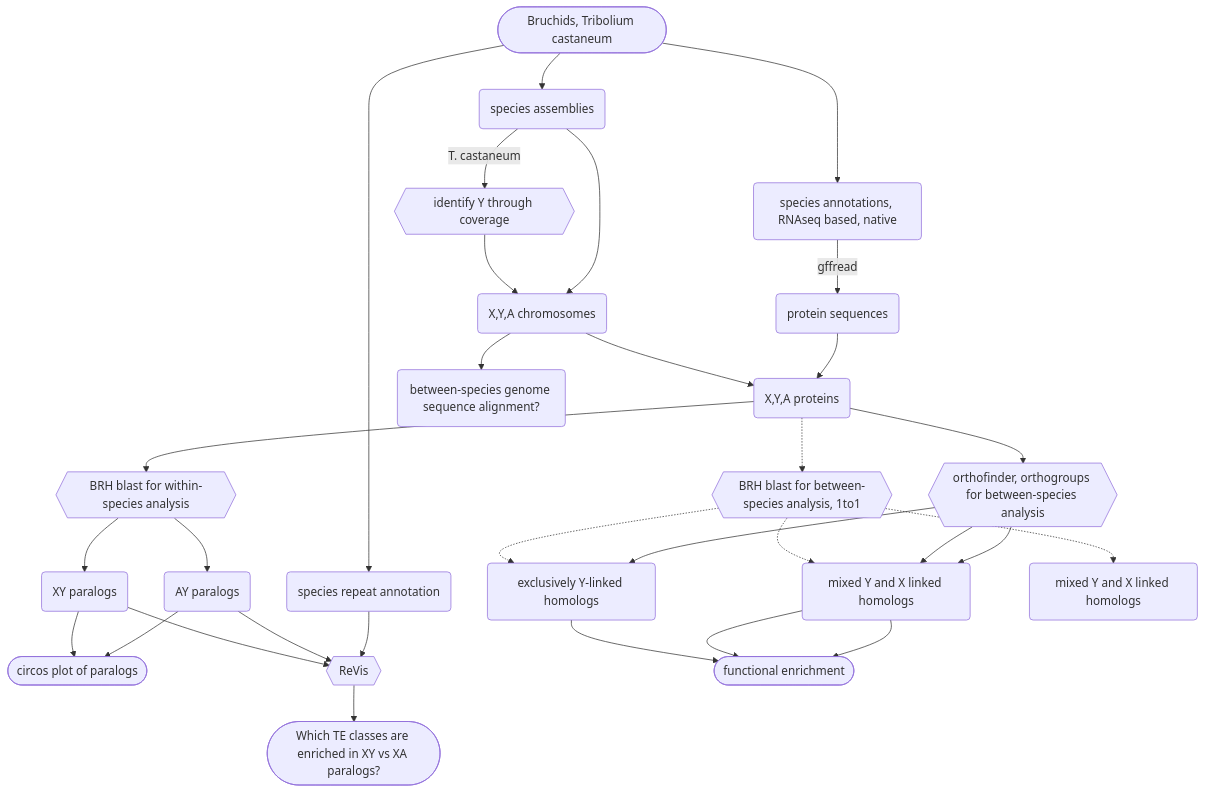
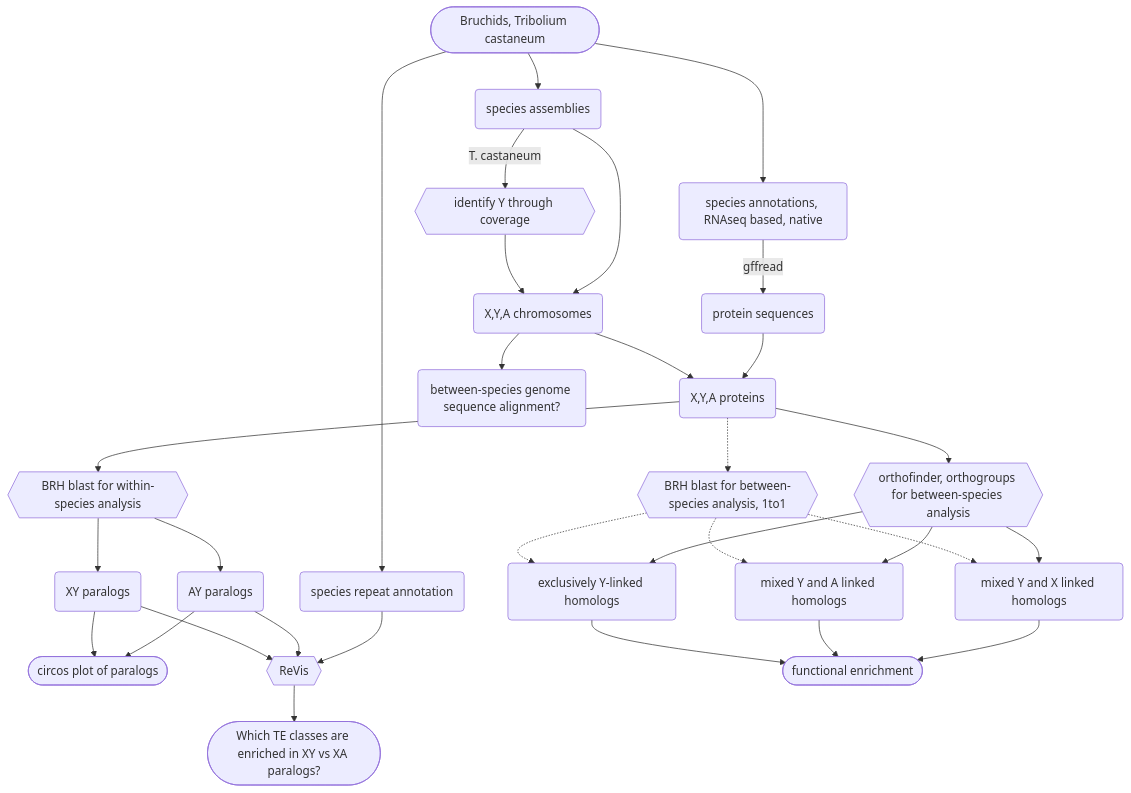
One commit to milena-t/PhD_chapter2 changed the diagram in README.md. Above: the diagram before and after it, drawn with Mermaid.

````diff
--- a/README.md
+++ b/README.md
@@ -9,49 +9,49 @@
 ```mermaid
 graph TD;
 
     species([Bruchids, Tribolium castaneum]);
 
     species --> species_Ass(species assemblies);
     species --> species_Ann(species annotations, RNAseq based, native);
     species --> species_rep(species repeat annotation)
     species_Ass -- T. castaneum --> Tcas_Y_chr{{identify Y through coverage}};
     Tcas_Y_chr --> all_chr(X,Y,A chromosomes);
     species_Ass --> all_chr;
 
     species_Ann -- gffread --> proteins(protein sequences);
     blast{{BRH blast for within-species analysis}};
     blast_between{{BRH blast for between-species analysis, 1to1}};
     orthofinder{{orthofinder, orthogroups for between-species analysis}};
 
     all_chr --> all_prot(X,Y,A proteins);
     proteins --> all_prot;
 
     all_prot --> blast;
     blast --> xy(XY paralogs);
     blast --> ay(AY paralogs);
 
     all_prot .-> blast_between;
     blast_between .-> Y_hom(exclusively Y-linked homologs);
     blast_between .-> YA_hom(mixed Y and A linked homologs);
     blast_between .-> YX_hom(mixed Y and X linked homologs);
 
     all_prot --> orthofinder;
     orthofinder --> Y_hom(exclusively Y-linked homologs);
     orthofinder --> YA_hom(mixed Y and A linked homologs);
-    orthofinder --> YA_hom(mixed Y and X linked homologs);
+    orthofinder --> YX_hom(mixed Y and X linked homologs);
 
     all_chr --> wgs_al(between-species genome sequence alignment?)
 
     xy --> circos([circos plot of paralogs]);
     ay --> circos;
 
     xy --> revis{{ReVis}};
     ay --> revis;
     species_rep --> revis;
 
     revis --> questions([Which TE classes are enriched in XY vs XA paralogs?])
 
     Y_hom --> function([functional enrichment]);
     YA_hom --> function;
-    YA_hom --> function;    
+    YX_hom --> function;    
 ```   
````
